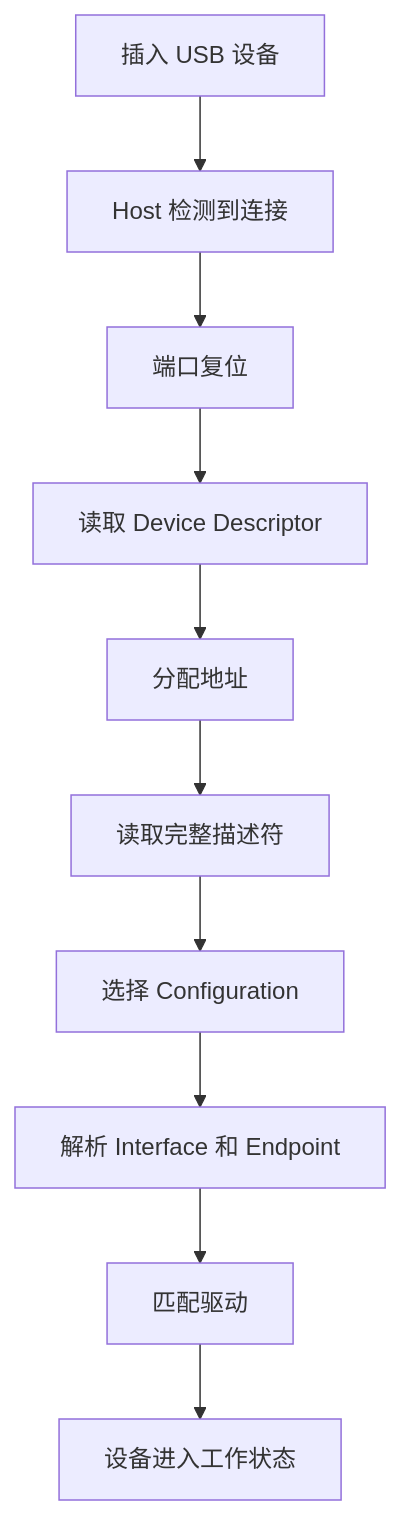
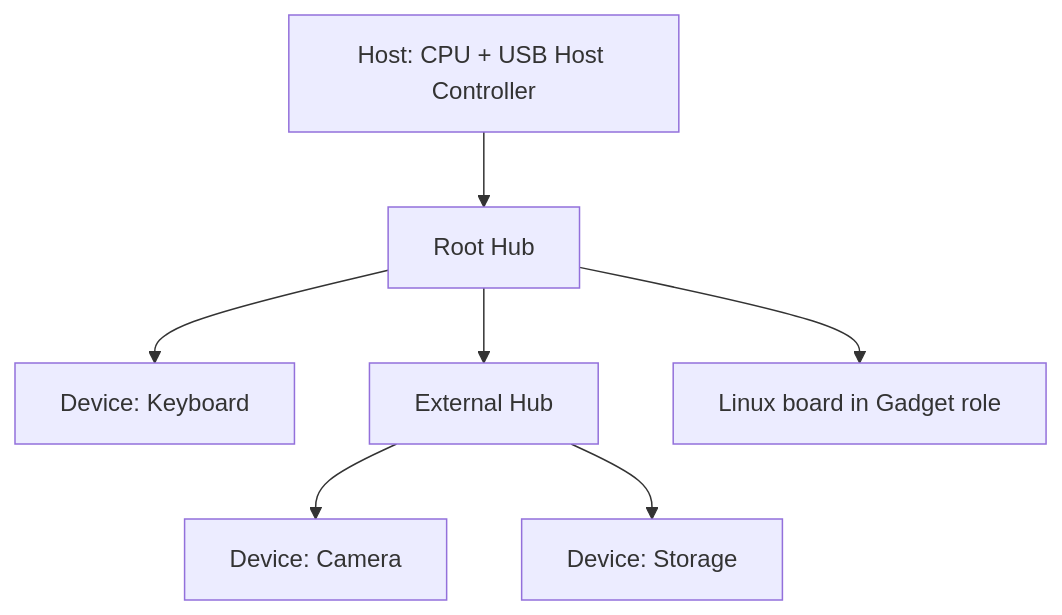
The first of 3 diagrams in docs/articles/usb/usb-01-usb-architecture-enumeration.md (cdragon-ljl/EEandEdgeAI), drawn with Mermaid before and after one commit. The commit also changed other lines of this file and 2 other files, not shown here.

Commit message:
docs: rebuild USB foundations and enumeration

````diff
--- a/docs/articles/usb/usb-01-usb-architecture-enumeration.md
+++ b/docs/articles/usb/usb-01-usb-architecture-enumeration.md
@@ -288,12 +26,9 @@
 ```mermaid
 flowchart TD
-    A[插入 USB 设备] --> B[Host 检测到连接]
-    B --> C[端口复位]
-    C --> D[读取 Device Descriptor]
-    D --> E[分配地址]
-    E --> F[读取完整描述符]
-    F --> G[选择 Configuration]
-    G --> H[解析 Interface 和 Endpoint]
-    H --> I[匹配驱动]
-    I --> J[设备进入工作状态]
+    H[Host: CPU + USB Host Controller] --> RH[Root Hub]
+    RH --> D1[Device: Keyboard]
+    RH --> HUB[External Hub]
+    HUB --> D2[Device: Camera]
+    HUB --> D3[Device: Storage]
+    RH --> G[Linux board in Gadget role]
 ```
````
